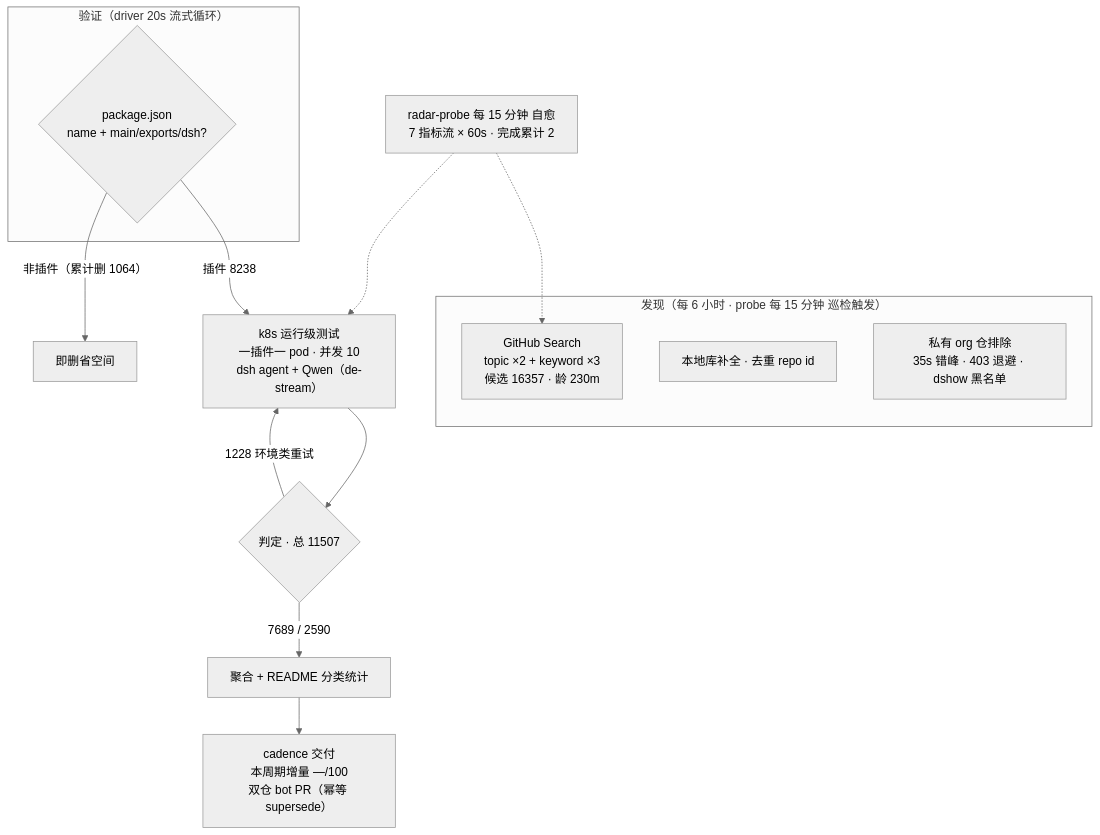
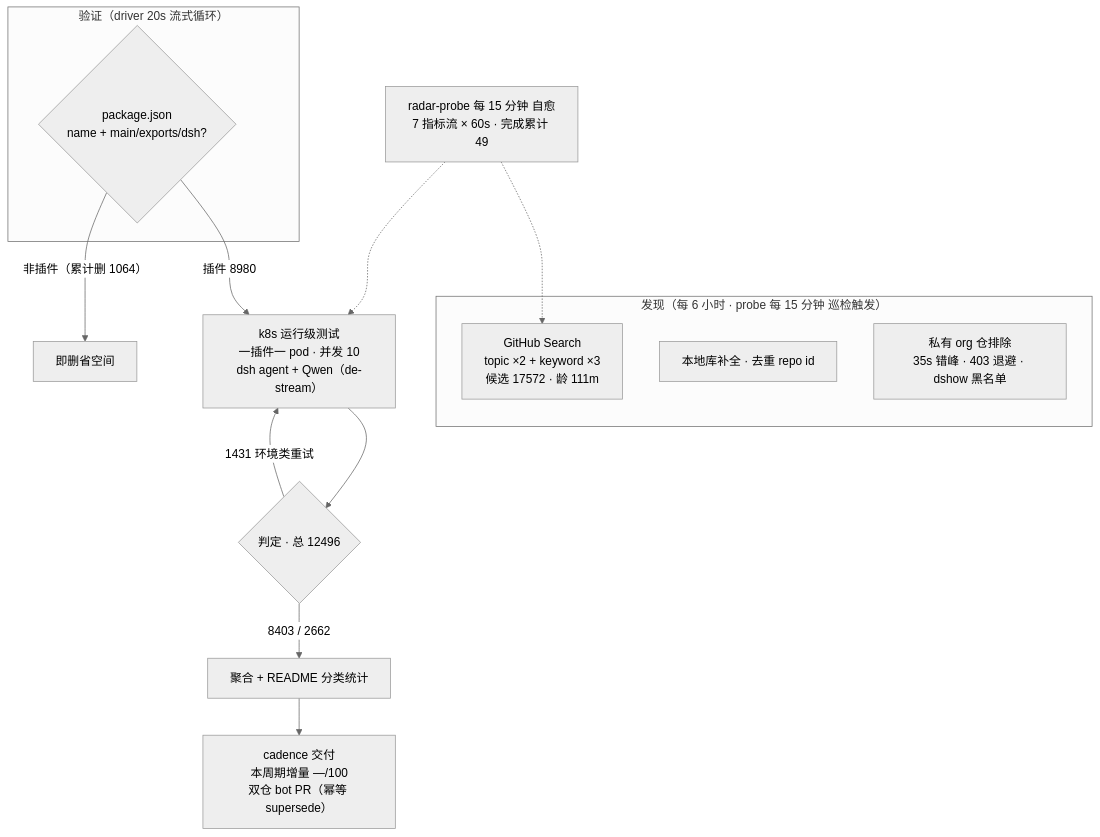
Before and after one commit to the-beating-light-of-the-nail/dsh-meme-hub-site: the diagram in public/readmes/awesome-dsh-plugins.md, drawn with Mermaid (neutral theme). The commit also changed other lines of this file and 517 other files, not shown here.

````diff
--- a/public/readmes/awesome-dsh-plugins.md
+++ b/public/readmes/awesome-dsh-plugins.md
@@ -52,20 +52,20 @@
 ```mermaid
 flowchart TB
     subgraph Discovery["发现（每 6 小时 · probe 每 15 分钟 巡检触发）"]
-        A1["GitHub Search<br/>topic ×2 + keyword ×3<br/>候选 16357 · 龄 230m"]
+        A1["GitHub Search<br/>topic ×2 + keyword ×3<br/>候选 17572 · 龄 111m"]
         A2["本地库补全 · 去重 repo id"]
         A3["私有 org 仓排除<br/>35s 错峰 · 403 退避 · dshow 黑名单"]
     end
     subgraph Validation["验证（driver 20s 流式循环）"]
         B1{"package.json<br/>name + main/exports/dsh?"}
     end
-    B1 -->|"插件 8238"| C1["k8s 运行级测试<br/>一插件一 pod · 并发 10<br/>dsh agent + Qwen（de-stream）"]
+    B1 -->|"插件 8980"| C1["k8s 运行级测试<br/>一插件一 pod · 并发 10<br/>dsh agent + Qwen（de-stream）"]
     B1 -->|"非插件（累计删 1064）"| B3["即删省空间"]
-    C1 --> D1{"判定 · 总 11507"}
-    D1 -->|"7689 / 2590"| E1["聚合 + README 分类统计"]
-    D1 -->|"1228 环境类重试"| C1
+    C1 --> D1{"判定 · 总 12496"}
+    D1 -->|"8403 / 2662"| E1["聚合 + README 分类统计"]
+    D1 -->|"1431 环境类重试"| C1
     E1 --> E2["cadence 交付<br/>本周期增量 —/100<br/>双仓 bot PR（幂等 supersede）"]
-    M["radar-probe 每 15 分钟 自愈<br/>7 指标流 × 60s · 完成累计 2"]
+    M["radar-probe 每 15 分钟 自愈<br/>7 指标流 × 60s · 完成累计 49"]
     M -.-> A1
     M -.-> C1
 ```
````
